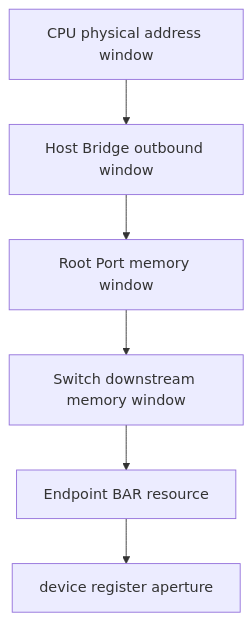
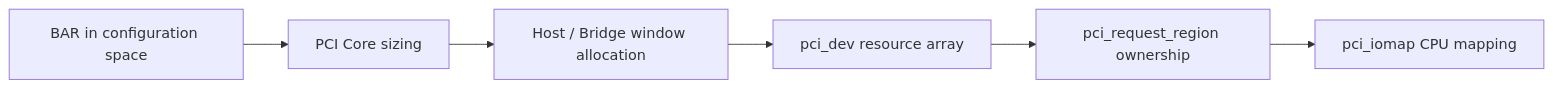
The third of 3 diagrams in docs/articles/pcie/pci-04-linux-pci-core-bus-dev-ops.md (cdragon-ljl/EEandEdgeAI), drawn with Mermaid before and after one commit. The commit also changed other lines of this file and 3 other files, not shown here.

Commit message:
docs: rebuild PCI Core learning path

````diff
--- a/docs/articles/pcie/pci-04-linux-pci-core-bus-dev-ops.md
+++ b/docs/articles/pcie/pci-04-linux-pci-core-bus-dev-ops.md
@@ -310,8 +139,8 @@
 ```mermaid
-flowchart TD
-    CPU[CPU physical address window] --> HB[Host Bridge outbound window]
-    HB --> BW0[Root Port memory window]
-    BW0 --> BW1[Switch downstream memory window]
-    BW1 --> BAR[Endpoint BAR resource]
-    BAR --> MMIO[device register aperture]
+flowchart LR
+    CFG[BAR in configuration space] --> SIZE[PCI Core sizing]
+    SIZE --> ASSIGN[Host / Bridge window allocation]
+    ASSIGN --> RES[pci_dev resource array]
+    RES --> REQ[pci_request_region ownership]
+    REQ --> MAP[pci_iomap CPU mapping]
 ```
````
